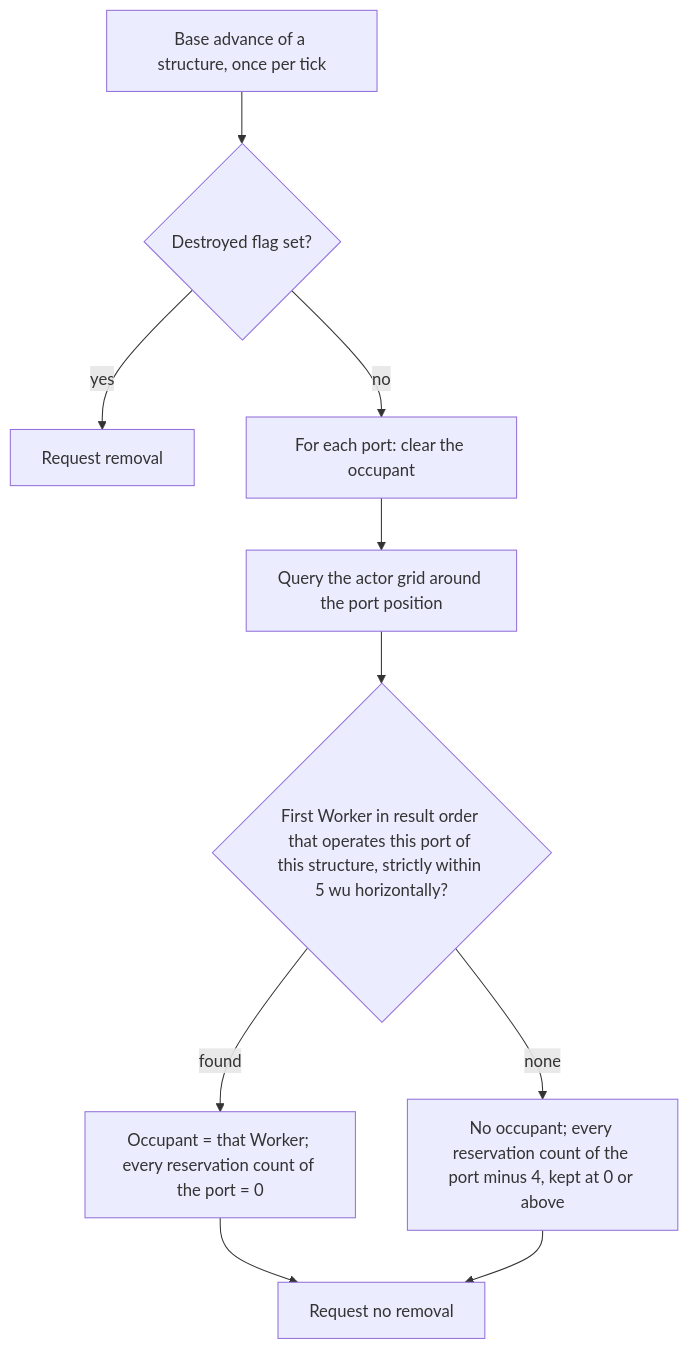
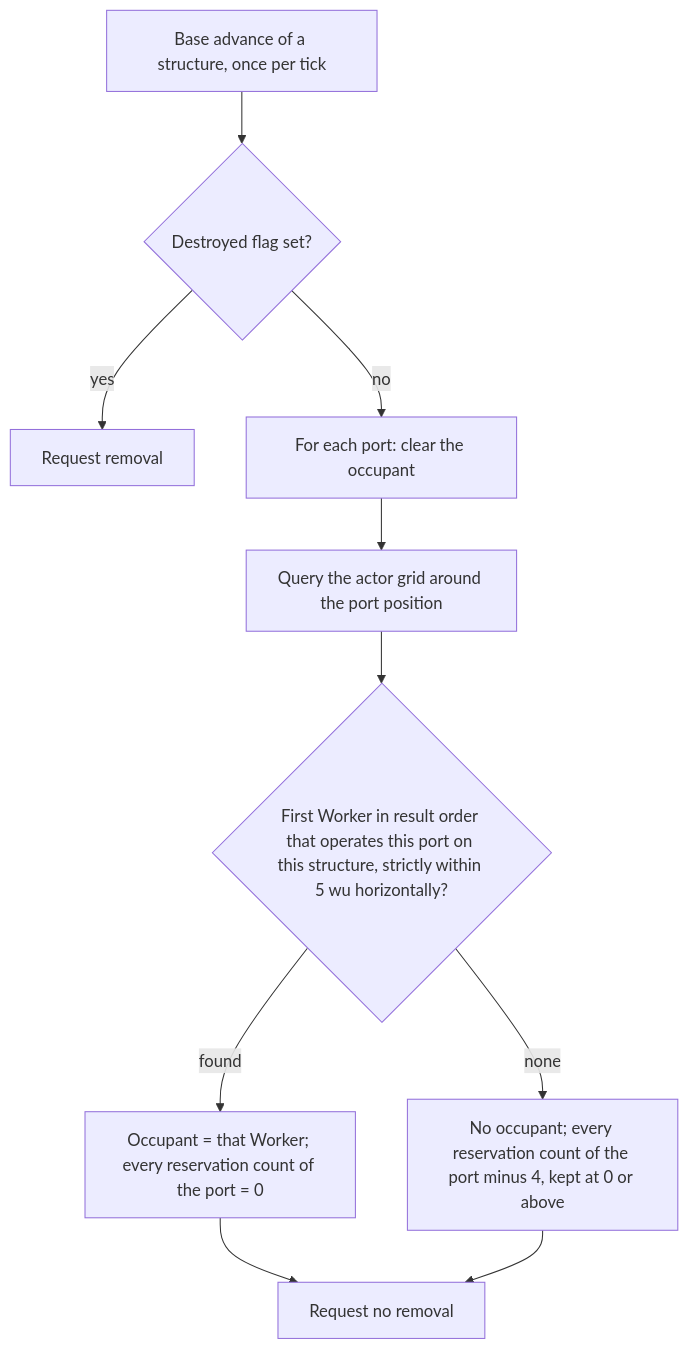
One commit to Zwaliebaba/Species.AI changed the second of 2 diagrams in design_next/reference/03_buildings_and_world_objects/README.md. Above: the diagram before and after it, drawn with Mermaid. The commit also changed other lines of this file and 16 other files, not shown here.

````diff
--- a/design_next/reference/03_buildings_and_world_objects/README.md
+++ b/design_next/reference/03_buildings_and_world_objects/README.md
@@ -362,12 +362,12 @@
 ```mermaid
 flowchart TD
     A["Base advance of a structure, once per tick"] --> B{"Destroyed flag set?"}
     B -->|"yes"| R["Request removal"]
     B -->|"no"| P["For each port: clear the occupant"]
     P --> Q["Query the actor grid around the port position"]
-    Q --> O{"First Worker in result order that operates this port of this structure, strictly within 5 wu horizontally?"}
+    Q --> O{"First Worker in result order that operates this port on this structure, strictly within 5 wu horizontally?"}
     O -->|"found"| OC["Occupant = that Worker; every reservation count of the port = 0"]
     O -->|"none"| UN["No occupant; every reservation count of the port minus 4, kept at 0 or above"]
     OC --> N["Request no removal"]
     UN --> N
 ```
````
